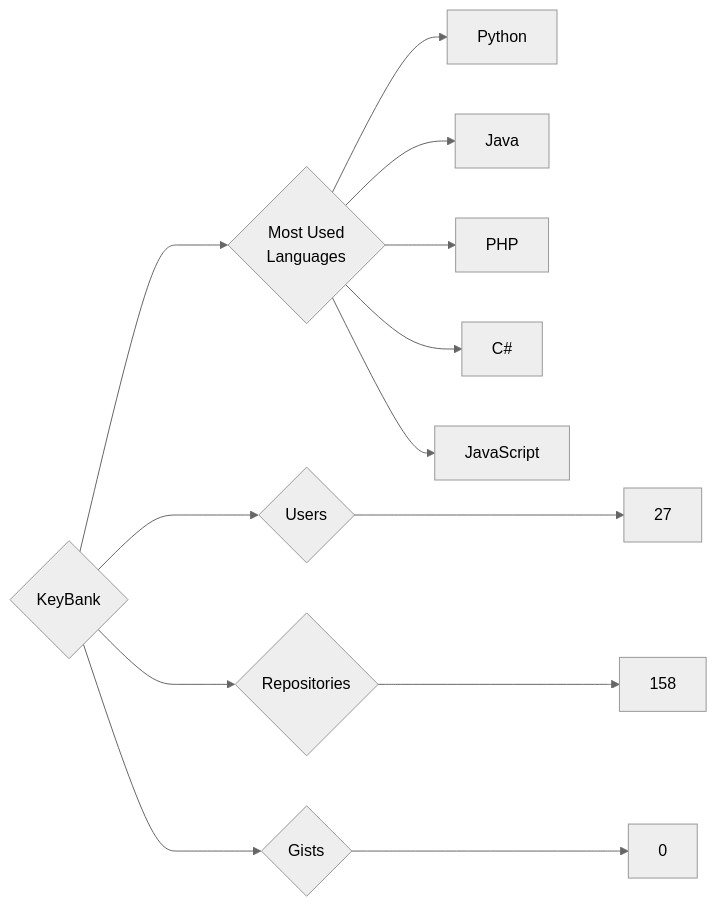
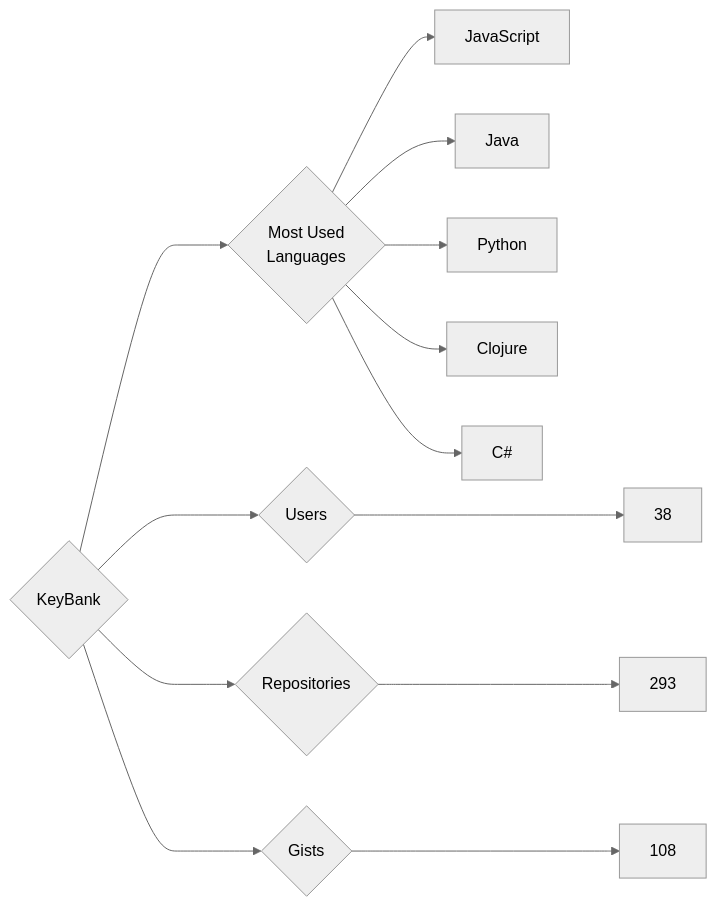
Before and after one commit to trickest/insiders: the diagram in targets/KeyBank/README.md, drawn with Mermaid (neutral theme). The commit also changed 984 other files, not shown here.

````diff
--- a/targets/KeyBank/README.md
+++ b/targets/KeyBank/README.md
@@ -3,13 +3,13 @@
 ```mermaid
 graph LR
 COMPANY_NAME{KeyBank}
-COMPANY_NAME ---> U{Users} ---> UN[27]
-COMPANY_NAME ---> R{Repositories} ---> RN[158]
-COMPANY_NAME ---> G{Gists} ---> GN[0]
+COMPANY_NAME ---> U{Users} ---> UN[38]
+COMPANY_NAME ---> R{Repositories} ---> RN[293]
+COMPANY_NAME ---> G{Gists} ---> GN[108]
 COMPANY_NAME ---> ML{Most Used<br>Languages}
+ML --> JavaScript[JavaScript]
+ML --> Java[Java]
 ML --> Python[Python]
-ML --> Java[Java]
-ML --> PHP[PHP]
+ML --> Clojure[Clojure]
 ML --> C#[C#]
-ML --> JavaScript[JavaScript]
 ```
````
